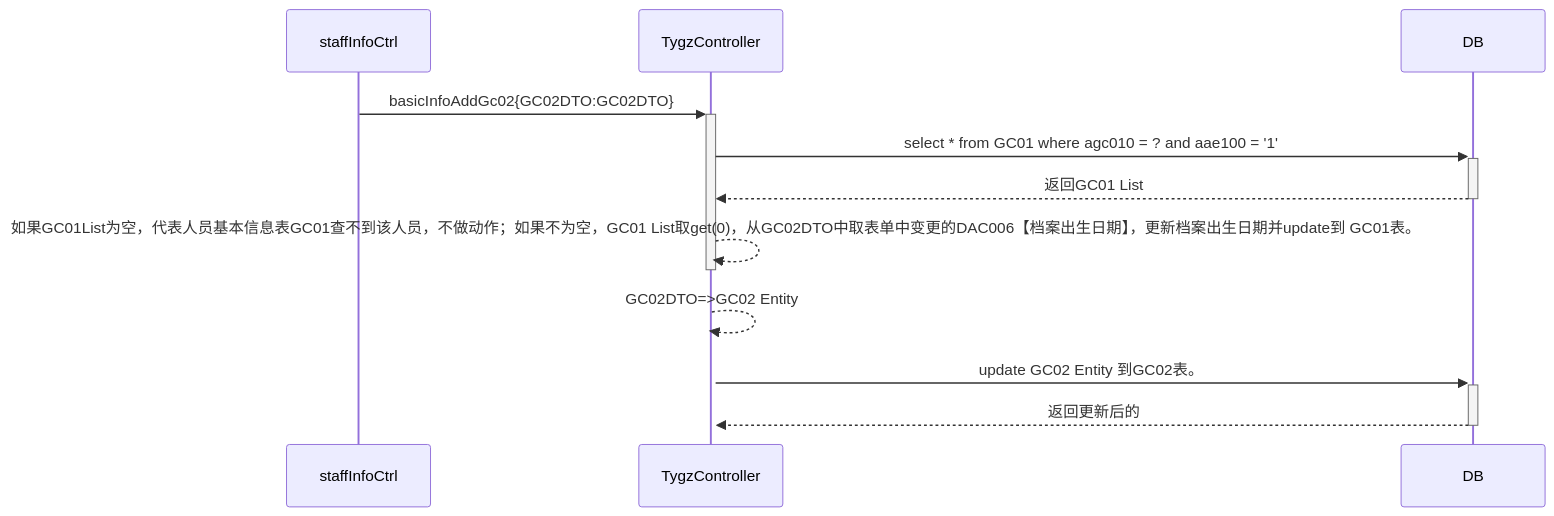
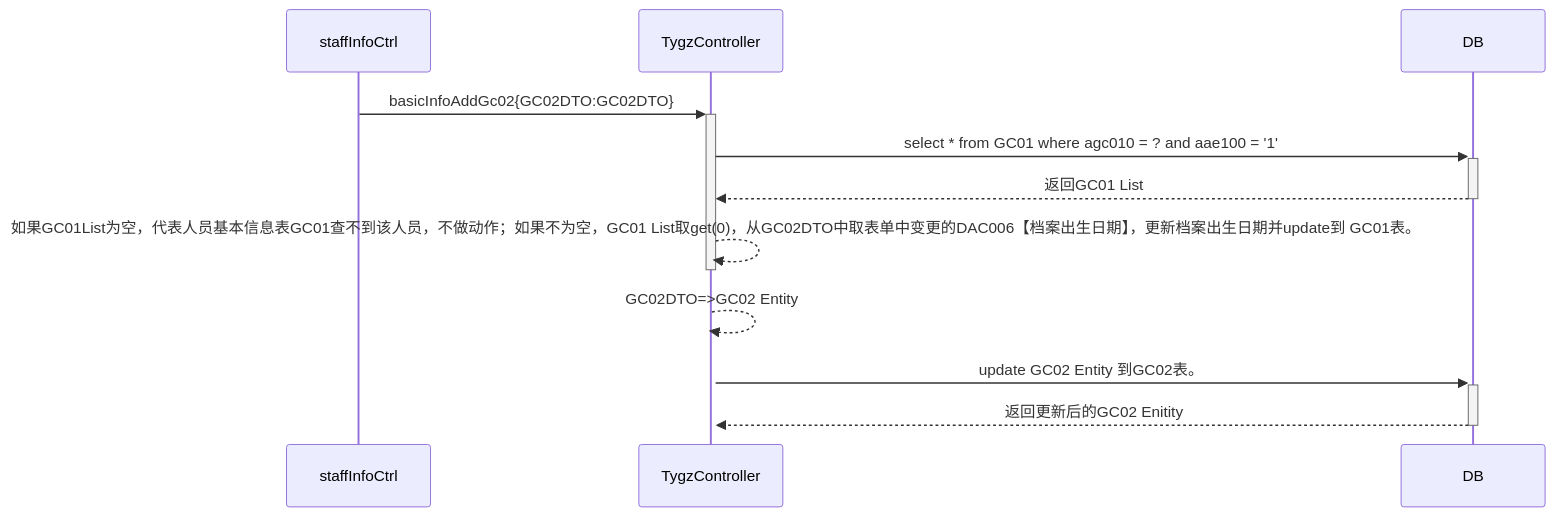
The diagram in all/未命名-1.md (ZhangJianBeiJing/iodraw-files), drawn with Mermaid before and after one commit.

Commit message:
2025-03-24 17:55:32 update

````diff
--- a/all/未命名-1.md
+++ b/all/未命名-1.md
@@ -1,12 +1,13 @@
 ```mermaid
 sequenceDiagram
     staffInfoCtrl->>+TygzController:basicInfoAddGc02{GC02DTO:GC02DTO}
     TygzController->>+DB:select * from GC01 where agc010 = ? and aae100 = '1'
     DB-->>-TygzController:返回GC01 List
     TygzController-->>-TygzController:如果GC01List为空，代表人员基本信息表GC01查不到该人员，不做动作；如果不为空，GC01 List取get(0)，从GC02DTO中取表单中变更的DAC006【档案出生日期】，更新档案出生日期并update到 GC01表。
     TygzController-->>+TygzController:GC02DTO=>GC02 Entity
     TygzController->>+DB:update GC02 Entity 到GC02表。
-    DB-->>-TygzController:返回更新后的
+    DB-->>-TygzController:返回更新后的GC02 Enitity
+    
 
 
 ```
````
